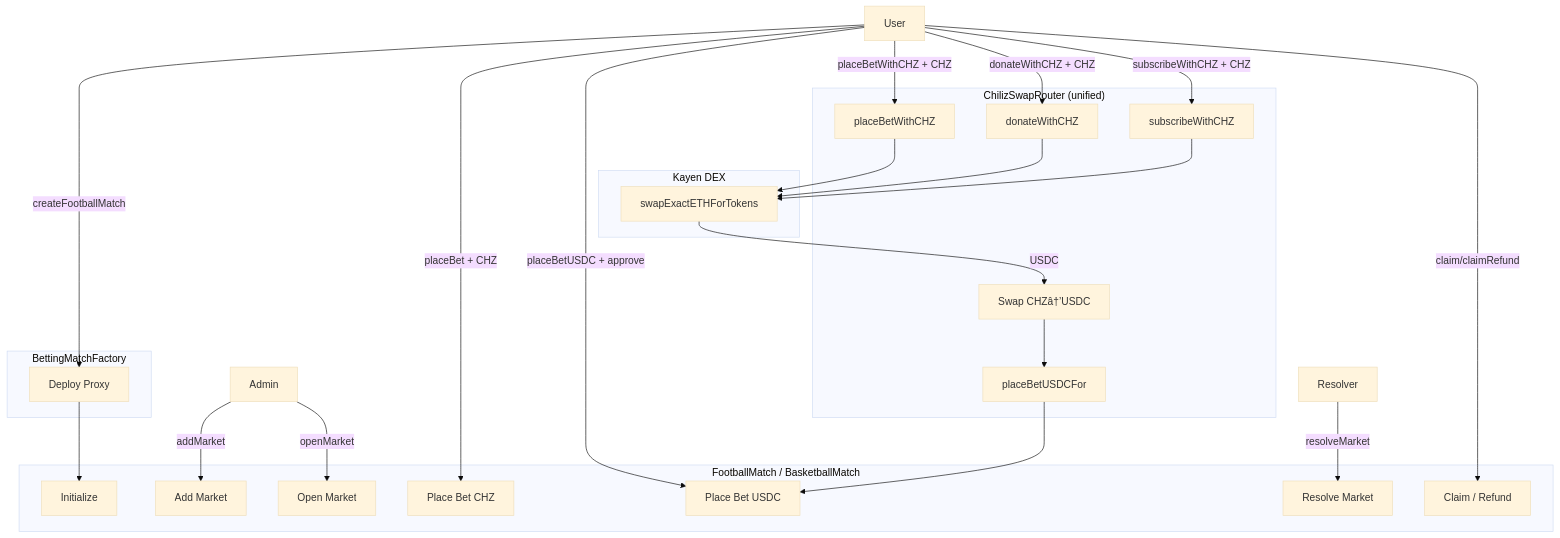
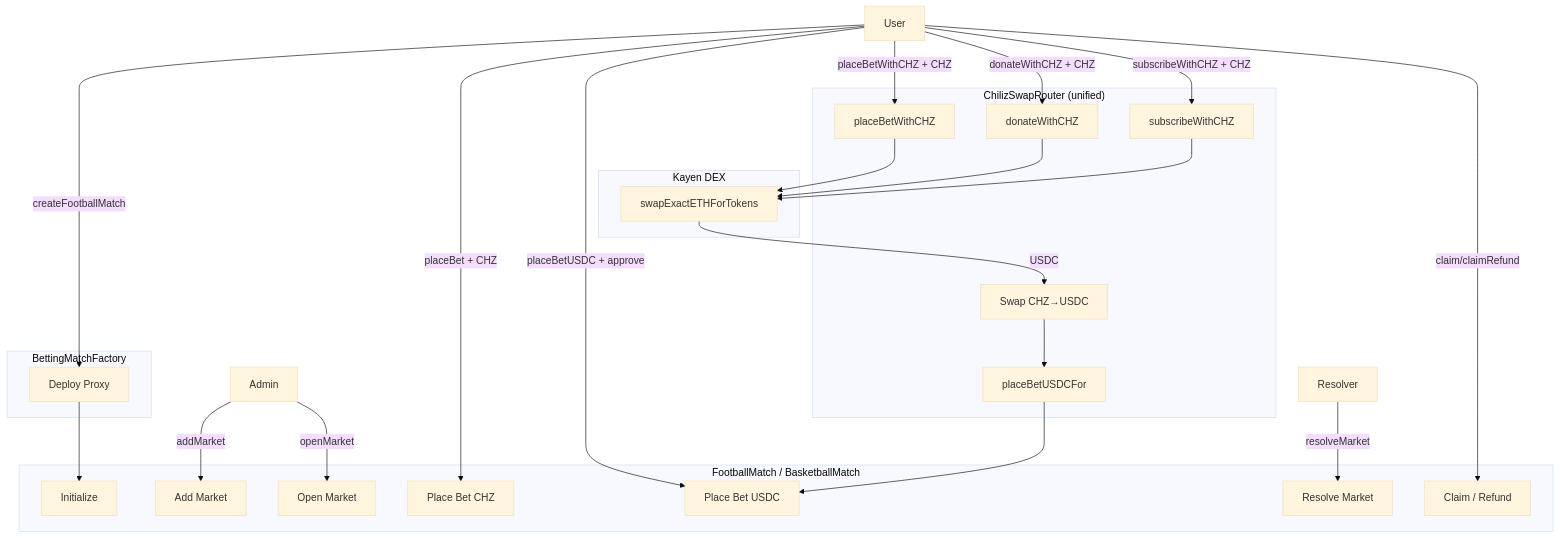
Before and after one commit to ChilizTV/smart-contracts: the first of 3 diagrams in chiliz-tv/AUDIT_REPORT.md, drawn with Mermaid (base theme). The commit also changed other lines of this file and 13 other files, not shown here.

````diff
--- a/chiliz-tv/AUDIT_REPORT.md
+++ b/chiliz-tv/AUDIT_REPORT.md
@@ -126,48 +126,48 @@
 ```mermaid
 flowchart TB
     subgraph Factory["BettingMatchFactory"]
         F1[Deploy Proxy]
     end
-    
+
     subgraph Match["FootballMatch / BasketballMatch"]
         M1[Initialize]
         M2[Add Market]
         M3[Open Market]
         M4[Place Bet CHZ]
         M5[Place Bet USDC]
         M6[Resolve Market]
         M7[Claim / Refund]
     end
-    
+
     subgraph SwapRouter["ChilizSwapRouter (unified)"]
         S1[placeBetWithCHZ]
-        S2[Swap CHZâ†’USDC]
+        S2[Swap CHZ→USDC]
         S3[placeBetUSDCFor]
         S4[donateWithCHZ]
         S5[subscribeWithCHZ]
     end
-    
+
     subgraph Kayen["Kayen DEX"]
         K1[swapExactETHForTokens]
     end
-    
+
     User -->|createFootballMatch| F1
     F1 --> M1
     Admin -->|addMarket| M2
     Admin -->|openMarket| M3
-    
+
     User -->|placeBet + CHZ| M4
     User -->|placeBetUSDC + approve| M5
     User -->|placeBetWithCHZ + CHZ| S1
     User -->|donateWithCHZ + CHZ| S4
     User -->|subscribeWithCHZ + CHZ| S5
     S1 --> K1
     S4 --> K1
     S5 --> K1
     K1 -->|USDC| S2
     S2 --> S3
     S3 --> M5
-    
+
     Resolver -->|resolveMarket| M6
     User -->|claim/claimRefund| M7
 ```
````
